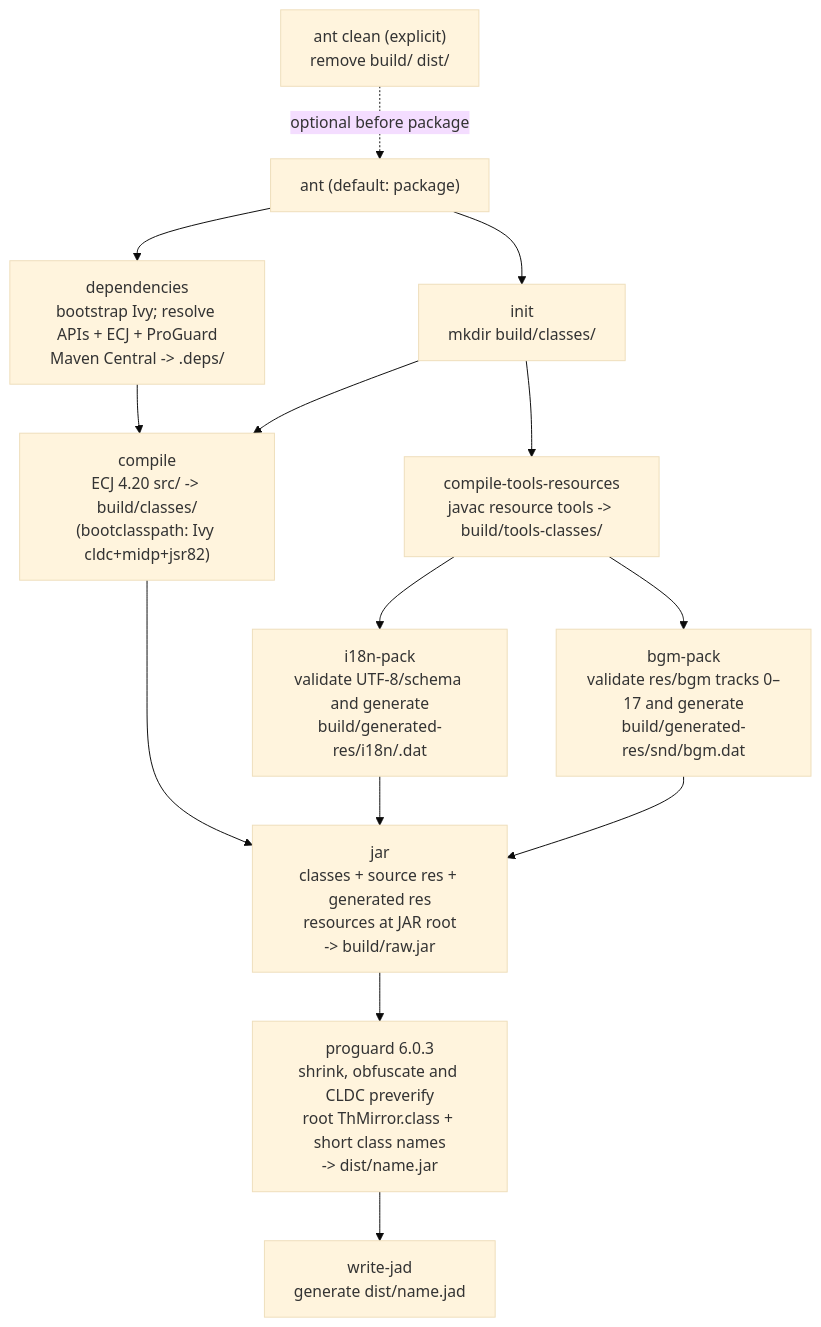
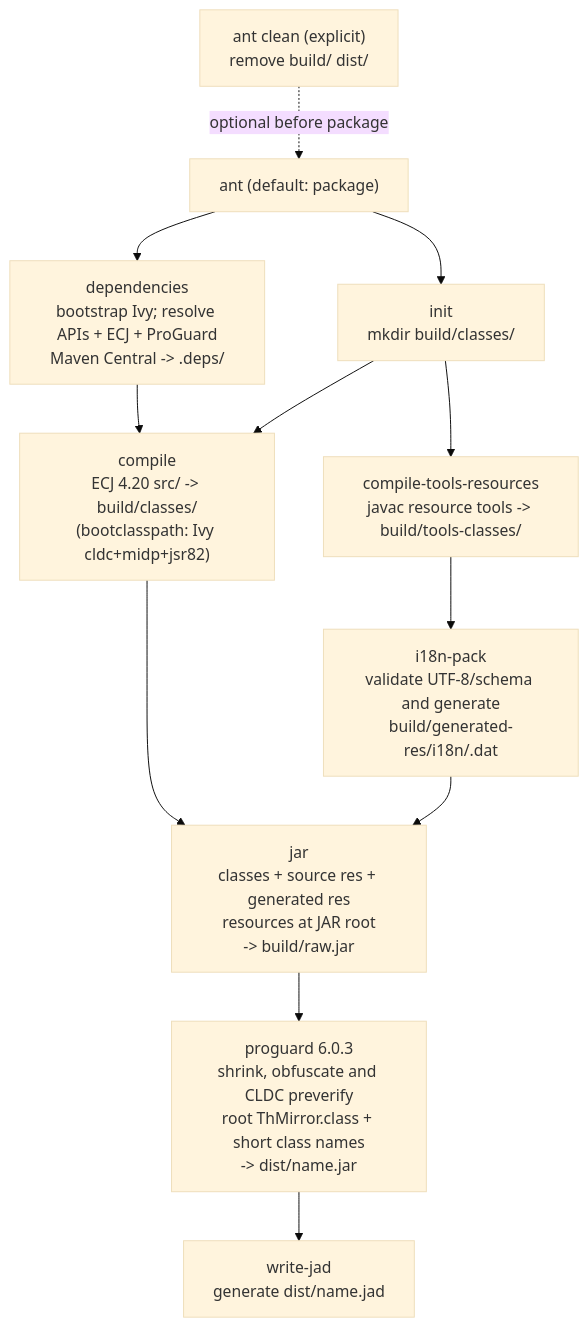
Before and after one commit to Magstic/Touhou-Misfortune-Mirror-s-Tale: the first of 3 diagrams in docs/tree.md, drawn with Mermaid (base theme). The commit also changed other lines of this file and 6 other files, not shown here.

````diff
--- a/docs/tree.md
+++ b/docs/tree.md
@@ -211,18 +210,16 @@
 ```mermaid
 flowchart TD
     CLEAN["ant clean (explicit)<br/>remove build/ dist/"]
     CLEAN -. "optional before package" .-> ANT
     ANT["ant (default: package)"] --> INIT["init<br/>mkdir build/classes/"]
     ANT --> DEPS["dependencies<br/>bootstrap Ivy; resolve APIs + ECJ + ProGuard<br/>Maven Central -> .deps/"]
     DEPS --> COMPILE
     INIT --> COMPILE["compile<br/>ECJ 4.20 src/ -> build/classes/<br/>(bootclasspath: Ivy cldc+midp+jsr82)"]
     INIT --> TOOLS["compile-tools-resources<br/>javac resource tools -> build/tools-classes/"]
     TOOLS --> I18N["i18n-pack<br/>validate UTF-8/schema and generate<br/>build/generated-res/i18n/<lang>.dat"]
-    TOOLS --> BGM["bgm-pack<br/>validate res/bgm tracks 0–17 and generate<br/>build/generated-res/snd/bgm.dat"]
     COMPILE --> JAR
     I18N --> JAR
-    BGM --> JAR
     JAR["jar<br/>classes + source res + generated res<br/>resources at JAR root<br/>-> build/raw.jar"] --> PG
     PG["proguard 6.0.3<br/>shrink, obfuscate and CLDC preverify<br/>root ThMirror.class + short class names<br/>-> dist/name.jar"] --> JAD
     JAD["write-jad<br/>generate dist/name.jad"]
 ```
````
